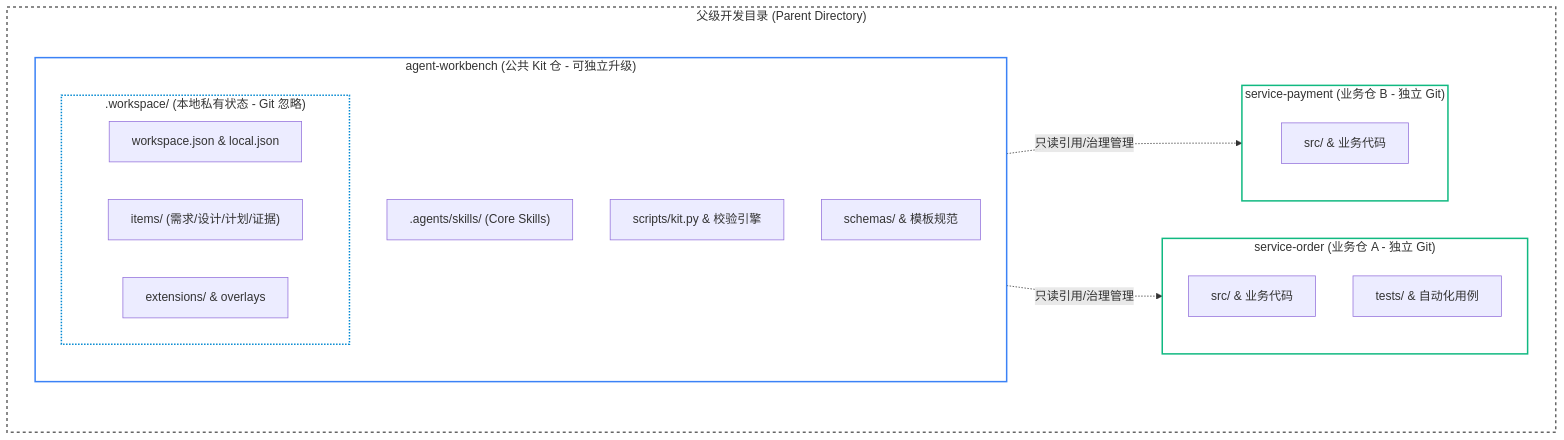
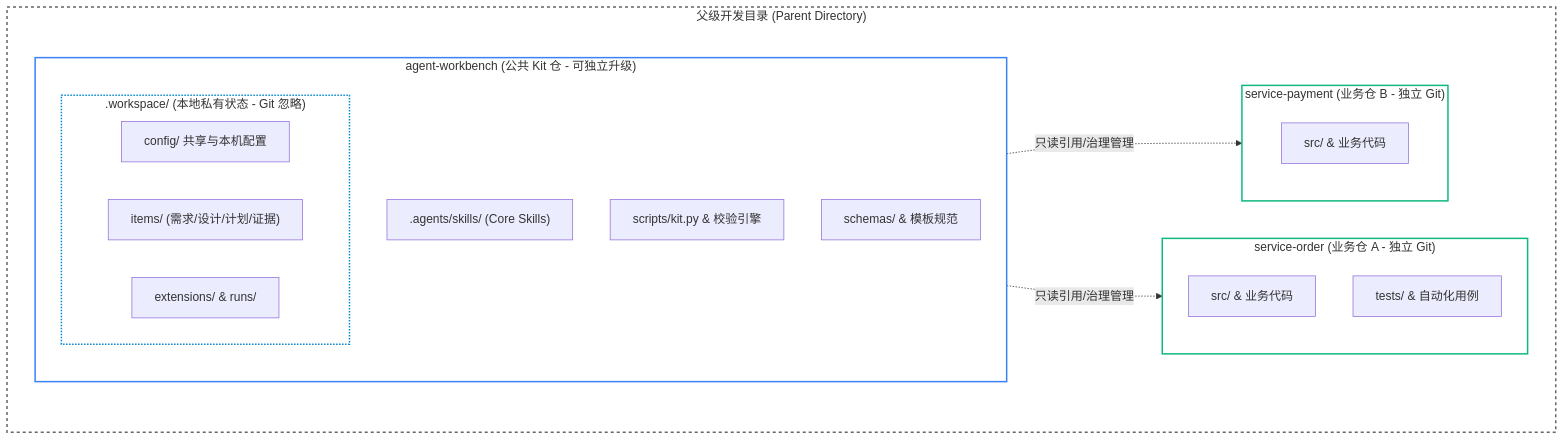
The diagram in docs/getting-started.md (sandy-hmb/agent-workbench), drawn with Mermaid before and after one commit. The commit also changed other lines of this file and 48 other files, not shown here.

````diff
--- a/docs/getting-started.md
+++ b/docs/getting-started.md
@@ -7,33 +7,33 @@
 ```mermaid
 graph TD
     subgraph ParentWorkspace ["父级开发目录 (Parent Directory)"]
         subgraph KitRepo ["agent-workbench (公共 Kit 仓 - 可独立升级)"]
             CoreSkills[".agents/skills/ (Core Skills)"]
             Scripts["scripts/kit.py & 校验引擎"]
             Schemas["schemas/ & 模板规范"]
             subgraph DotWorkspace [".workspace/ (本地私有状态 - Git 忽略)"]
-                WSConfig["workspace.json & local.json"]
+                WSConfig["config/ 共享与本机配置"]
                 WSWorkItems["items/ (需求/设计/计划/证据)"]
-                WSExt["extensions/ & overlays"]
+                WSExt["extensions/ & runs/"]
             end
         end
 
         subgraph BizRepo1 ["service-order (业务仓 A - 独立 Git)"]
             SrcA["src/ & 业务代码"]
             TestsA["tests/ & 自动化用例"]
         end
 
         subgraph BizRepo2 ["service-payment (业务仓 B - 独立 Git)"]
             SrcB["src/ & 业务代码"]
         end
     end
 
     KitRepo -.->|只读引用/治理管理| BizRepo1
     KitRepo -.->|只读引用/治理管理| BizRepo2
 
     style ParentWorkspace fill:none,stroke:#666,stroke-width:2px,stroke-dasharray: 4 4
     style KitRepo fill:none,stroke:#3b82f6,stroke-width:2px
     style DotWorkspace fill:none,stroke:#0288d1,stroke-width:2px,stroke-dasharray: 2 2
     style BizRepo1 fill:none,stroke:#10b981,stroke-width:2px
     style BizRepo2 fill:none,stroke:#10b981,stroke-width:2px
 ```
````
